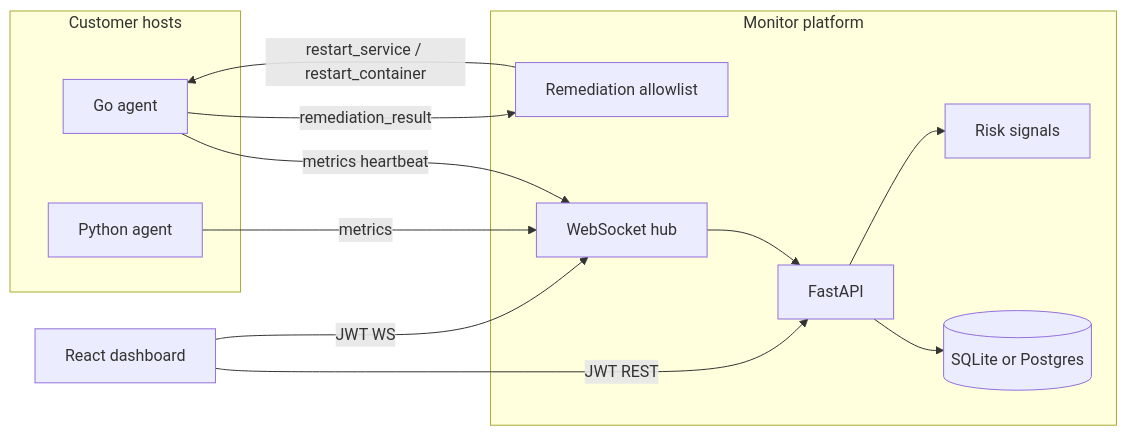
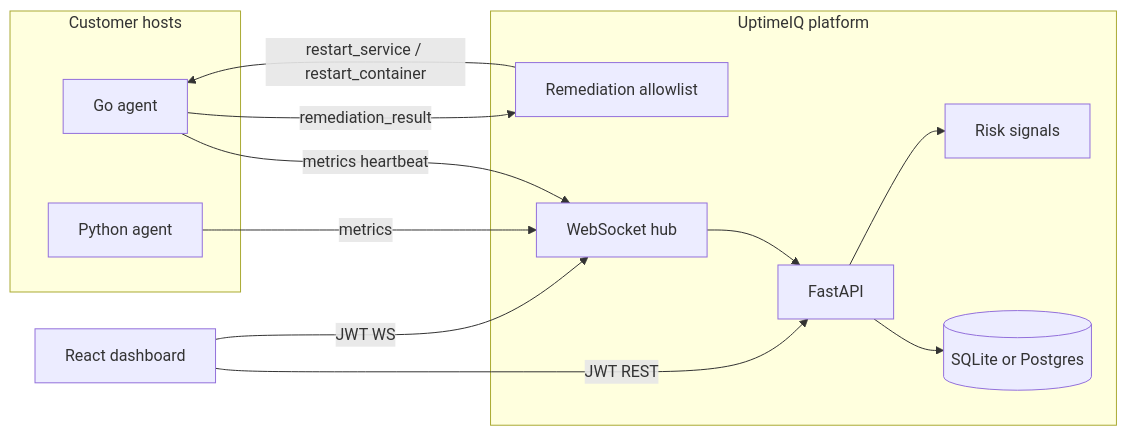
The diagram in README.md (issex3/UptimeIQ), drawn with Mermaid before and after one commit. The commit also changed other lines of this file and 12 other files, not shown here.

````diff
--- a/README.md
+++ b/README.md
@@ -68,24 +68,24 @@
 ```mermaid
 flowchart LR
   subgraph hosts [Customer hosts]
     GoAgent[Go agent]
     PyAgent[Python agent]
   end
-  subgraph platform [Monitor platform]
+  subgraph platform [UptimeIQ platform]
     WS[WebSocket hub]
     API[FastAPI]
     DB[(SQLite or Postgres)]
     Risk[Risk signals]
     Rem[Remediation allowlist]
   end
   UI[React dashboard]
   GoAgent -->|metrics heartbeat| WS
   PyAgent -->|metrics| WS
   WS --> API
   API --> DB
   API --> Risk
   UI -->|JWT REST| API
   UI -->|JWT WS| WS
   Rem -->|restart_service / restart_container| GoAgent
   GoAgent -->|remediation_result| Rem
 ```
````
